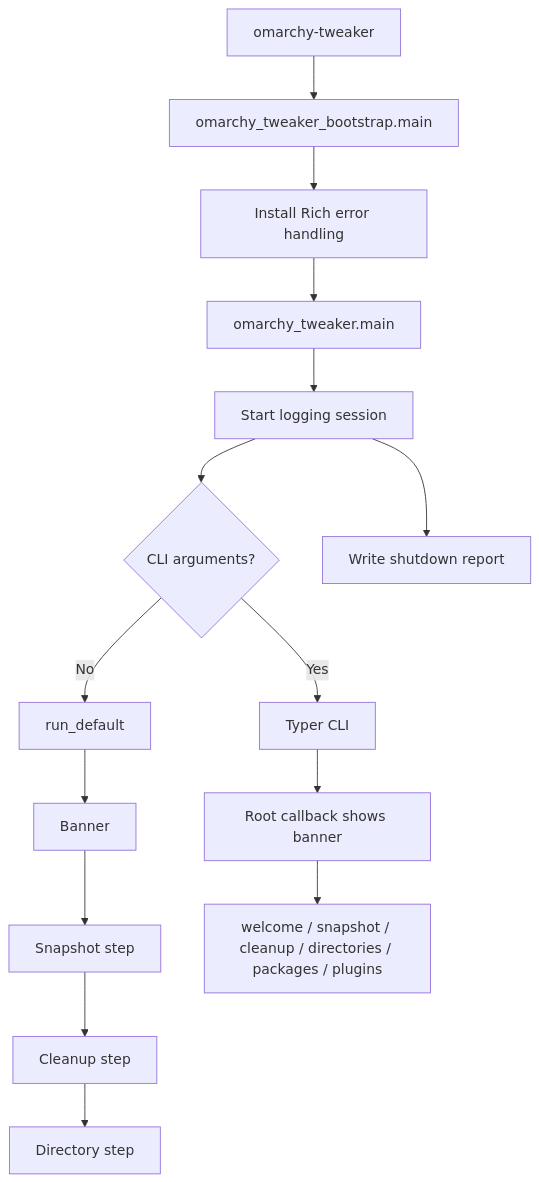
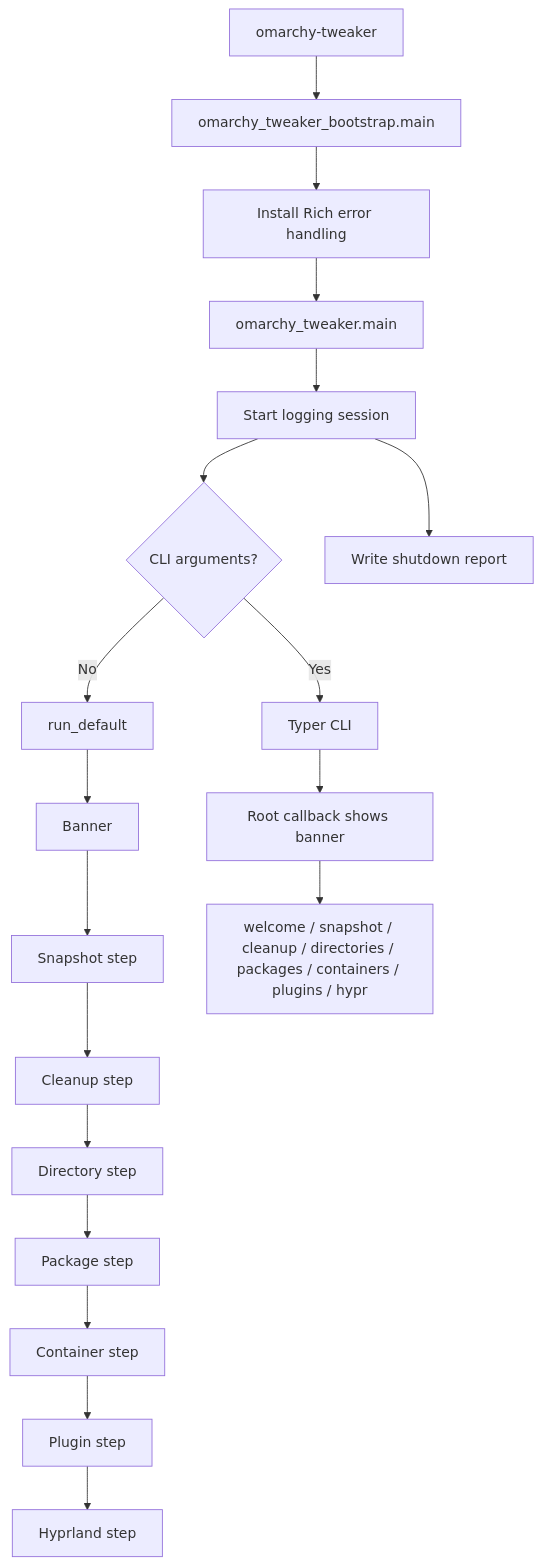
One commit to Armoghans-Organization/Omarchy-Tweaker changed the first of 3 diagrams in docs/architecture.md. Above: the diagram before and after it, drawn with Mermaid. The commit also changed other lines of this file and 20 other files, not shown here.

````diff
--- a/docs/architecture.md
+++ b/docs/architecture.md
@@ -18,17 +18,21 @@
 ```mermaid
 flowchart TD
     A[omarchy-tweaker] --> B[omarchy_tweaker_bootstrap.main]
     B --> C[Install Rich error handling]
     C --> D[omarchy_tweaker.main]
     D --> E[Start logging session]
     E --> F{CLI arguments?}
     F -- No --> G[run_default]
     G --> H[Banner]
     H --> I[Snapshot step]
     I --> J[Cleanup step]
     J --> O[Directory step]
+    O --> P[Package step]
+    P --> Q[Container step]
+    Q --> R[Plugin step]
+    R --> S[Hyprland step]
     F -- Yes --> K[Typer CLI]
     K --> L[Root callback shows banner]
-    L --> M[welcome / snapshot / cleanup / directories / packages / plugins]
+    L --> M[welcome / snapshot / cleanup / directories / packages / containers / plugins / hypr]
     E --> N[Write shutdown report]
 ```
````
